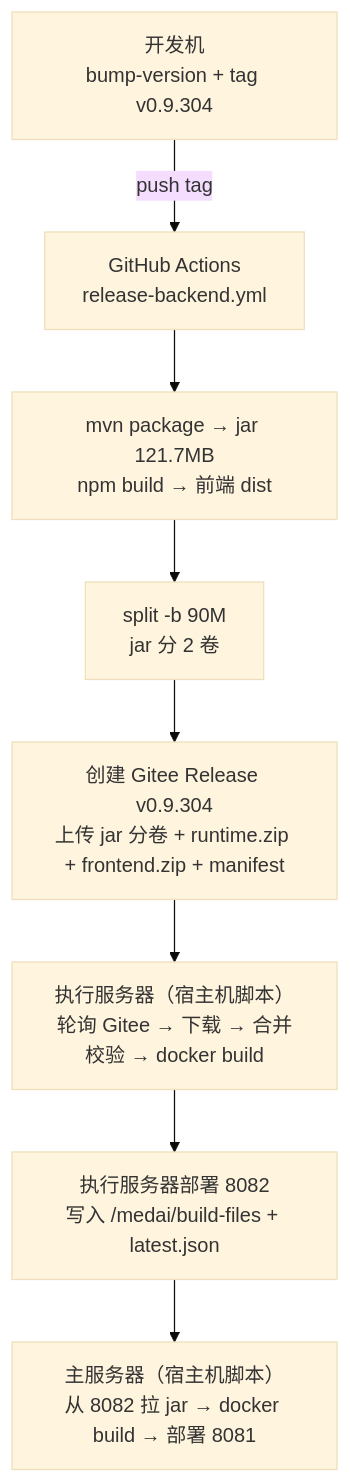
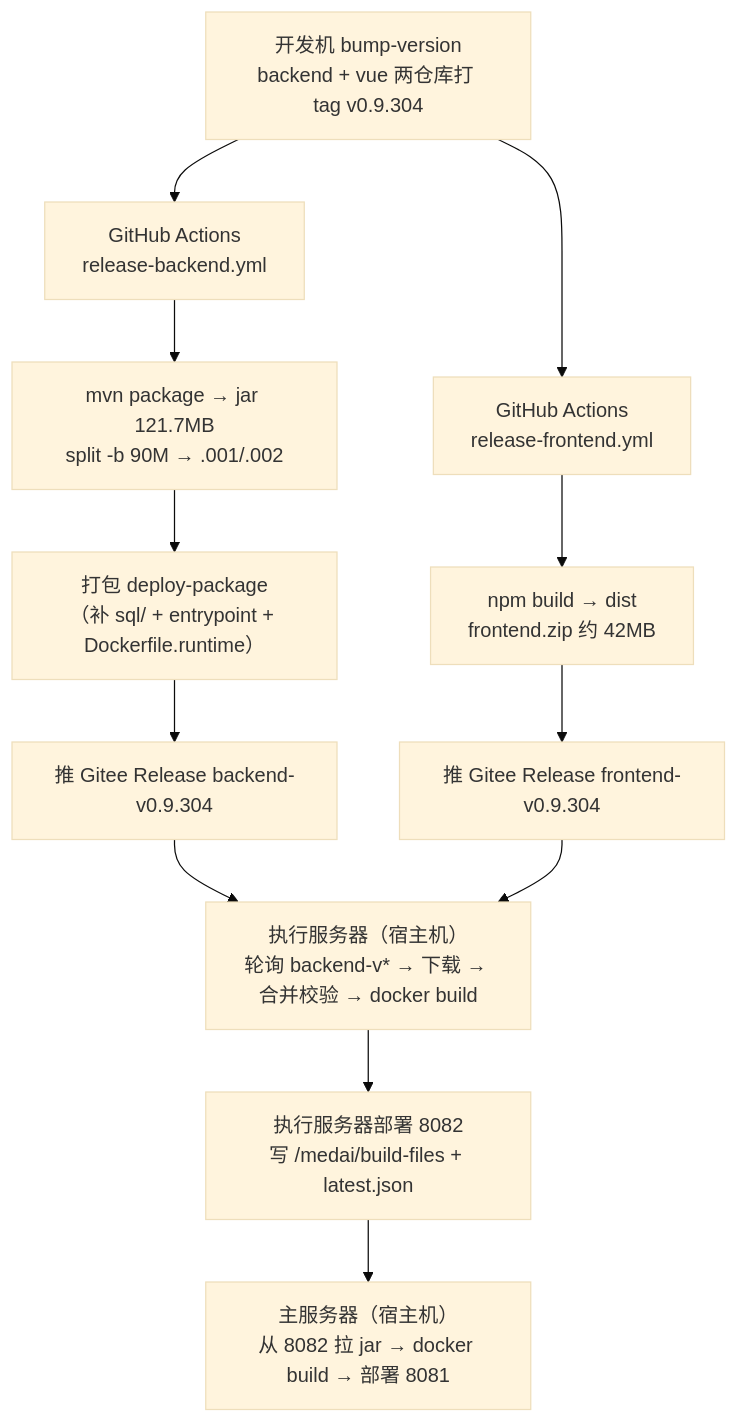
Before and after one commit to liuzh2008/med_ai_assistant_workspace: the second of 6 diagrams in doc/部署流程/自动部署链路改造设计-20261104.md, drawn with Mermaid (base theme). The commit also changed other lines of this file, not shown here.

Commit message:
docs(部署): grill-with-docs 审查后修订为 v4——发布单元改两个 Release、前端 CI 归位 vue 仓库、runtime 包改为扩展 deploy-package

````diff
--- a/doc/部署流程/自动部署链路改造设计-20261104.md
+++ b/doc/部署流程/自动部署链路改造设计-20261104.md
@@ -55,10 +85,14 @@
 ```mermaid
 flowchart TD
-    A["开发机<br/>bump-version + tag v0.9.304"] -->|push tag| B["GitHub Actions<br/>release-backend.yml"]
-    B --> C["mvn package → jar 121.7MB<br/>npm build → 前端 dist"]
-    C --> D["split -b 90M<br/>jar 分 2 卷"]
-    D --> E["创建 Gitee Release v0.9.304<br/>上传 jar 分卷 + runtime.zip + frontend.zip + manifest"]
-    E --> F["执行服务器（宿主机脚本）<br/>轮询 Gitee → 下载 → 合并校验 → docker build"]
-    F --> G["执行服务器部署 8082<br/>写入 /medai/build-files + latest.json"]
-    G --> H["主服务器（宿主机脚本）<br/>从 8082 拉 jar → docker build → 部署 8081"]
+    A["开发机 bump-version<br/>backend + vue 两仓库打 tag v0.9.304"] --> B["GitHub Actions<br/>release-backend.yml"]
+    A --> C["GitHub Actions<br/>release-frontend.yml"]
+    B --> D["mvn package → jar 121.7MB<br/>split -b 90M → .001/.002"]
+    D --> E["打包 deploy-package<br/>（补 sql/ + entrypoint + Dockerfile.runtime）"]
+    E --> F["推 Gitee Release backend-v0.9.304"]
+    C --> G["npm build → dist<br/>frontend.zip 约 42MB"]
+    G --> H["推 Gitee Release frontend-v0.9.304"]
+    F --> I["执行服务器（宿主机）<br/>轮询 backend-v* → 下载 → 合并校验 → docker build"]
+    H --> I
+    I --> J["执行服务器部署 8082<br/>写 /medai/build-files + latest.json"]
+    J --> K["主服务器（宿主机）<br/>从 8082 拉 jar → docker build → 部署 8081"]
 ```
````
